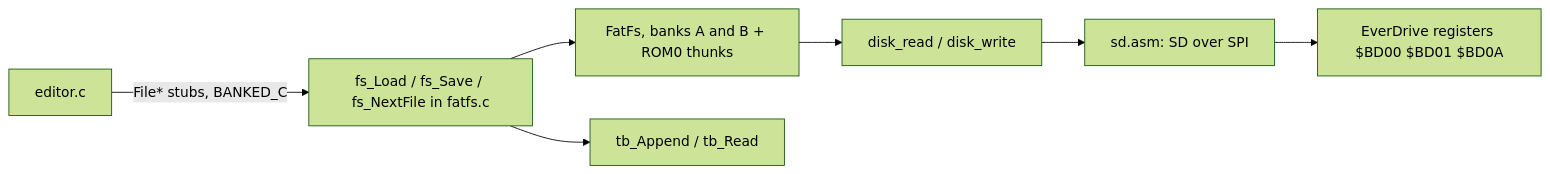
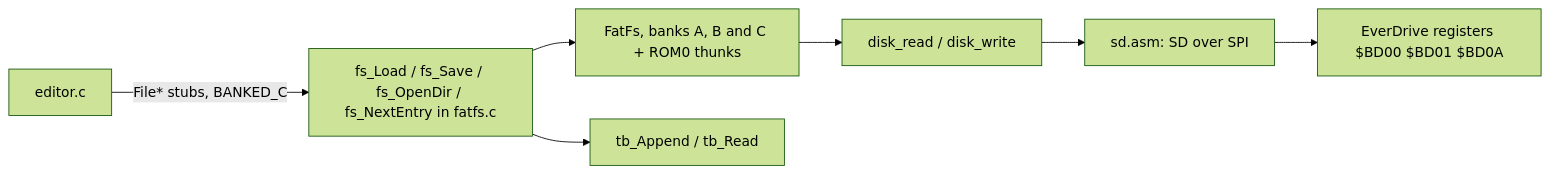
The third of 3 diagrams in ARCHITECTURE.md (Q-Bert-Reynolds/fatpak), drawn with Mermaid (forest theme) before and after one commit. The commit also changed other lines of this file and 15 other files, not shown here.

````diff
--- a/ARCHITECTURE.md
+++ b/ARCHITECTURE.md
@@ -194,9 +194,9 @@
 ```mermaid
 flowchart LR
-  editorc[editor.c] -->|File* stubs, BANKED_C| api[fs_Load / fs_Save / fs_NextFile in fatfs.c]
-  api --> ff[FatFs, banks A and B + ROM0 thunks]
+  editorc[editor.c] -->|File* stubs, BANKED_C| api[fs_Load / fs_Save / fs_OpenDir / fs_NextEntry in fatfs.c]
+  api --> ff[FatFs, banks A, B and C + ROM0 thunks]
   ff --> glue[disk_read / disk_write]
   glue --> sd[sd.asm: SD over SPI]
   sd --> regs[EverDrive registers $BD00 $BD01 $BD0A]
   api --> tb[tb_Append / tb_Read]
 ```
````
